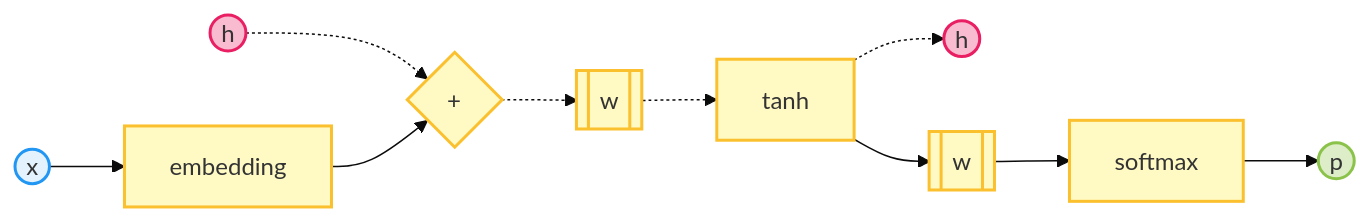
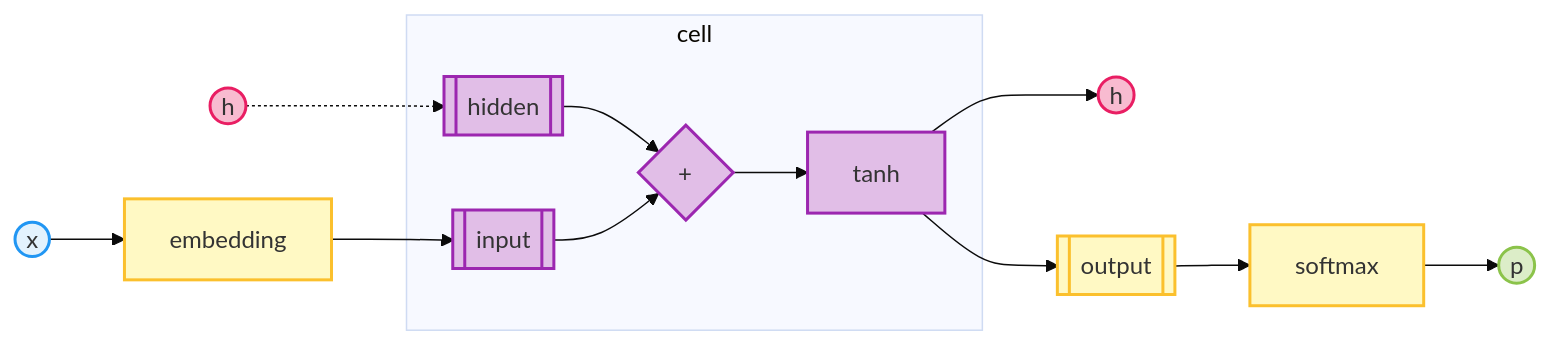
The diagram in mermaid-scripts/02-recurrent.mmd (GPTmini/GPTmini), drawn with Mermaid (base theme) before and after one commit. The commit also changed 1 other file, not shown here.

```diff
--- a/mermaid-scripts/02-recurrent.mmd
+++ b/mermaid-scripts/02-recurrent.mmd
@@ -1,12 +1,19 @@
 %%{init: {'flowchart': {'htmlLabels': true}}}%%
 flowchart LR
     classDef in fill:#E3F2FD,stroke:#2196F3,stroke-width:2px;
     classDef model fill:#FFF9C4,stroke:#FBC02D,stroke-width:2px;
     classDef data fill:#E1BEE7,stroke:#9C27B0,stroke-width:2px;
     classDef test fill:#F8BBD0,stroke:#E91E63,stroke-width:2px;
     classDef out fill:#DCEDC8,stroke:#8BC34A,stroke-width:2px;
     classDef skip stroke:#B0BEC5,stroke-width:2px,stroke-dasharray: 5 5;
+
+    subgraph cell
+        Hidden
+        C
+        Tanh
+        Input
+    end
     
-    Ht((h)):::test -.-> C{+}:::model -.-> Hidden[[w]]:::model -.-> Tanh[tanh]:::model -.-> Ht1((h)):::test
-    Xt((x)):::in --> Embedding[embedding]:::model --> C 
-    Tanh --> Output[[w]]:::model --> Softmax[softmax]:::model --> Pt1((p)):::out
+    Ht((h)):::test -.-> Hidden[[hidden]]:::data --> C{+}:::data --> Tanh[tanh]:::data --> Ht1((h)):::test
+    Xt((x)):::in --> Embedding[embedding]:::model --> Input[[input]]:::data --> C
+    Tanh --> Output[[output]]:::model --> Softmax[softmax]:::model --> Pt1((p)):::out
```
